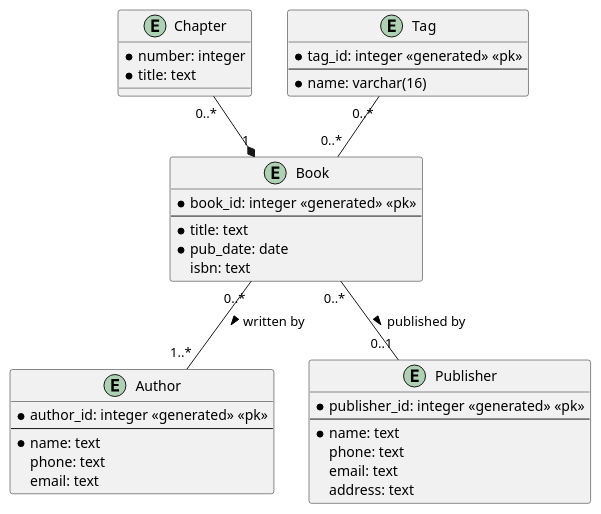
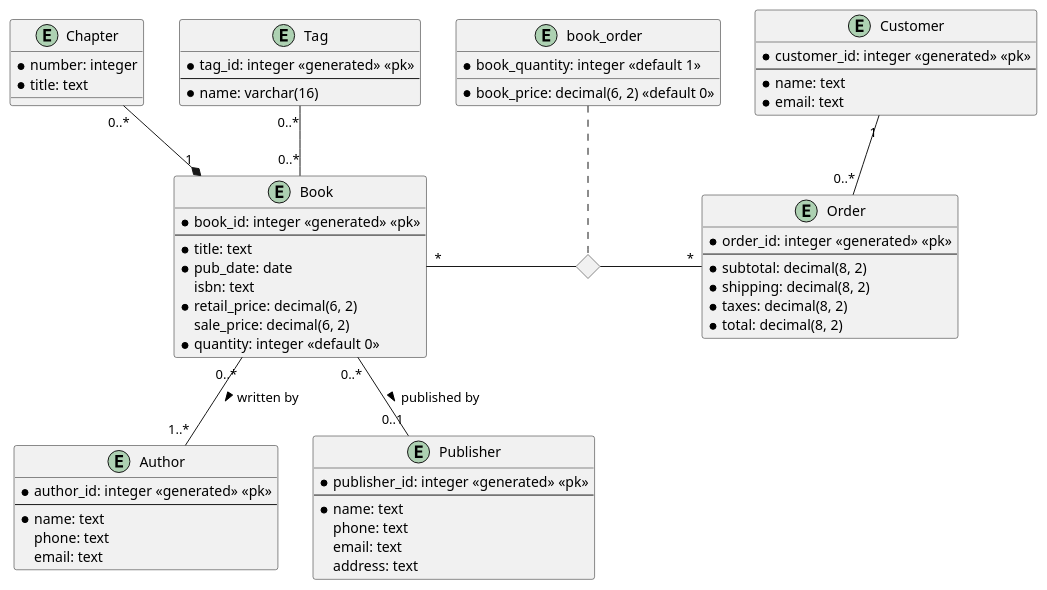
Before and after one commit to profdenis/vanier_database: the second of 3 diagrams in doc/inclass/books.md, drawn with PlantUML. The commit also changed other lines of this file and 3 other files, not shown here.

Commit message:
books ERD part 3, updated doc part 8 and 9

````diff
--- a/doc/inclass/books.md
+++ b/doc/inclass/books.md
@@ -88,48 +89,79 @@
 ```plantuml
 @startuml
 entity Book {
     * book_id: integer <<generated>> <<pk>>
     --
     * title: text
     * pub_date: date
     isbn: text
+    * retail_price: decimal(6, 2)
+    sale_price: decimal(6, 2)
+    * quantity: integer <<default 0>>
 }
 
 entity Author {
     * author_id: integer <<generated>> <<pk>>
     --
     * name: text
     phone: text
     email: text
 }
 
 entity Publisher {
     * publisher_id: integer <<generated>> <<pk>>
     --
     * name: text
     phone: text
     email: text
     address: text
 }
 
 entity Chapter {
     * number: integer
     * title: text
 }
 
 entity Tag {
     * tag_id: integer <<generated>> <<pk>>
     --
     * name: varchar(16)
 }
 
 Book "0..*" -- "1..*" Author: written by >
 
 Book "0..*" -- "0..1" Publisher: published by >
 
 Chapter "0..*" --* "1" Book
 
 Tag "0..*" -- "0..*" Book
 
+entity Customer {
+    * customer_id: integer <<generated>> <<pk>>
+    --
+    * name: text
+    * email: text
+}
+
+entity Order {
+    * order_id: integer <<generated>> <<pk>>
+    --
+    * subtotal: decimal(8, 2)
+    * shipping: decimal(8, 2)
+    * taxes: decimal(8, 2)
+    * total: decimal(8, 2)
+}
+
+entity book_order {
+    * book_price: decimal(6, 2) <<default 0>>
+    * book_quantity: integer <<default 1>>
+}
+
+Customer "1" -- "0..*" Order
+<> book_order_diamond
+Book "*" - book_order_diamond
+book_order_diamond - "*" Order
+
+book_order .. book_order_diamond
+
 @enduml
 ```
````
